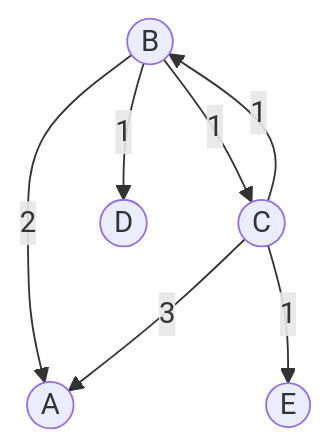
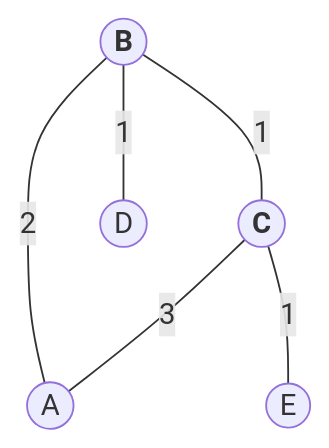
One commit to hanggrian/IIT-CS579 changed the second of 7 diagrams in assignments/hw3/README.md. Above: the diagram before and after it, drawn with Mermaid. The commit also changed other lines of this file and 4 other files, not shown here.

````diff
--- a/assignments/hw3/README.md
+++ b/assignments/hw3/README.md
@@ -103,10 +103,9 @@
 ```mermaid
 graph TB
-  B((B)) -- 2 --> A((A))
-  B -- 1 --> C((C))
-  B -- 1 --> D((D))
+  B((<b>B</b>)) -- 2 --- A((A))
+  B -- 1 --- C((C))
+  B -- 1 --- D((D))
 
-  C((C)) -- 3 --> A((A))
-  C -- 1 --> B((B))
-  C -- 1 --> E((E))
+  C((<b>C</b>)) -- 3 --- A((A))
+  C -- 1 --- E((E))
 ```
````
